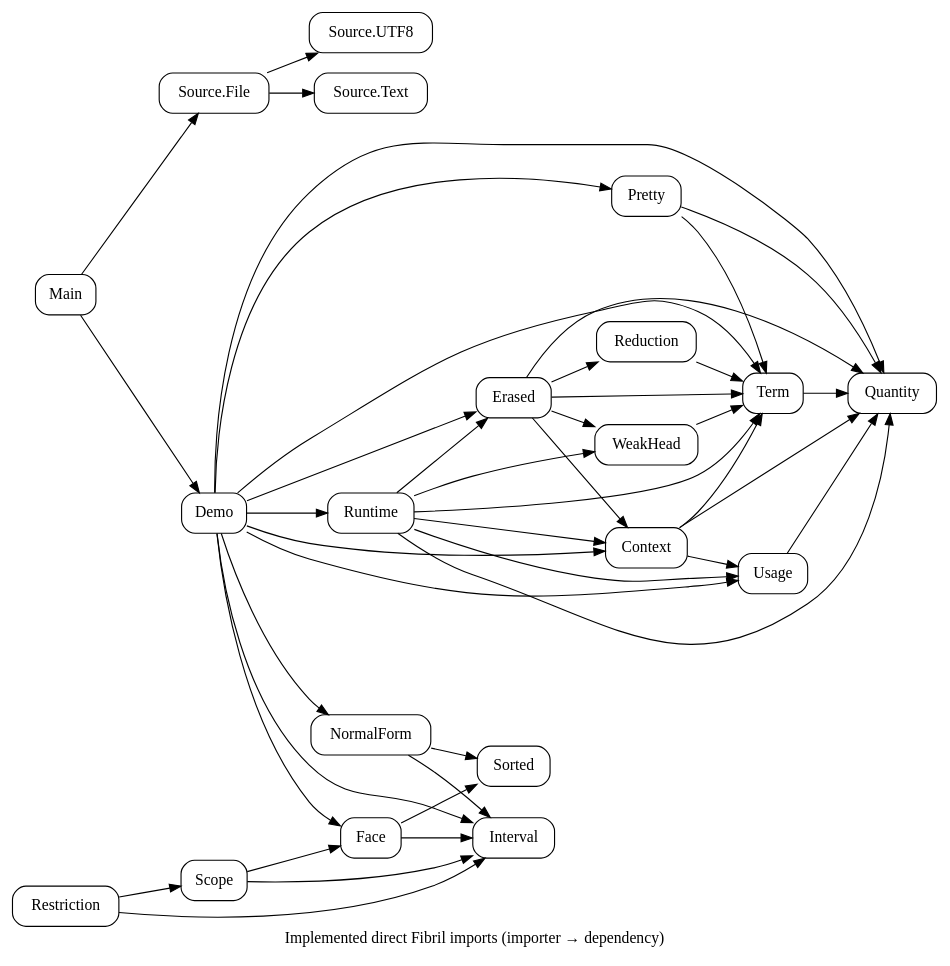
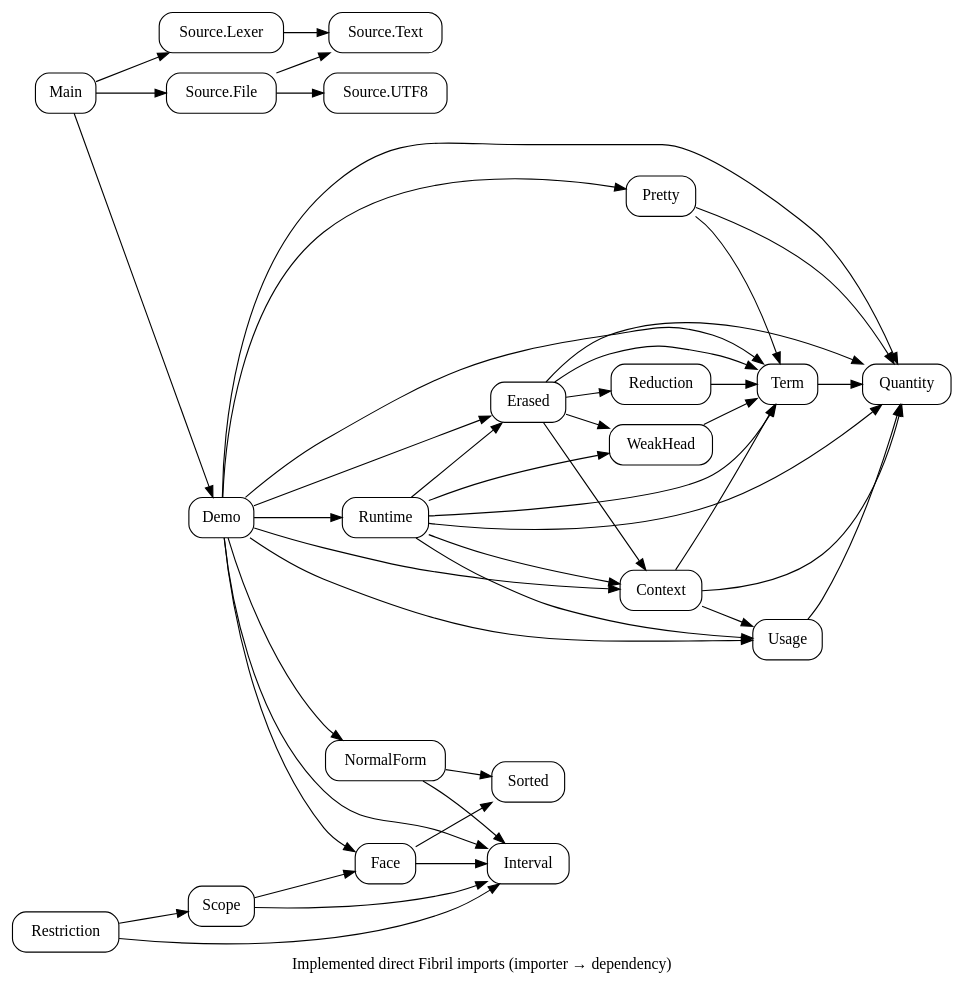
The diagram in docs/diagrams/modules.dot (odunboye/fibril), drawn with Graphviz before and after one commit. The commit also changed 19 other files, not shown here.

```diff
--- a/docs/diagrams/modules.dot
+++ b/docs/diagrams/modules.dot
@@ -1,16 +1,17 @@
 digraph Modules {
 rankdir=LR; node [shape=box,style=rounded];
 "Source.File" -> {"Source.UTF8" "Source.Text"};
-Main -> "Source.File";
+Main -> {"Source.File" "Source.Lexer"};
+"Source.Lexer" -> "Source.Text";
 Quantity; Interval; NormalForm; Face; Scope; Restriction; Term;
 NormalForm -> {Interval Sorted}; Face -> {Interval Sorted};
 Scope -> {Interval Face}; Restriction -> {Interval Scope};
 Demo -> {Quantity Term Context Usage Pretty Erased Runtime Interval NormalForm Face};
 Main -> Demo;
 Pretty -> {Quantity Term};
 Term -> Quantity; Usage -> Quantity; Context -> {Quantity Term Usage};
 Reduction -> Term; WeakHead -> Term;
 Erased -> {Quantity Term Context Reduction WeakHead};
 Runtime -> {Quantity Term Context Usage WeakHead Erased};
 label="Implemented direct Fibril imports (importer → dependency)";
 }
```
